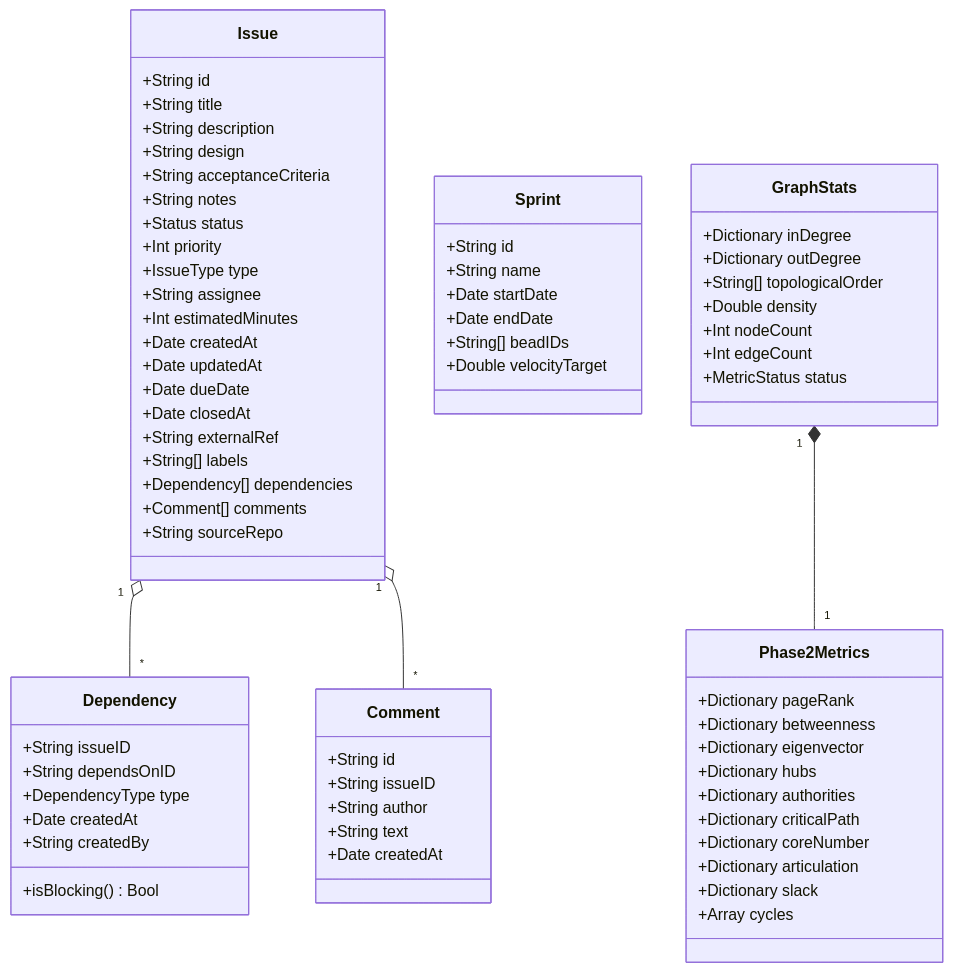
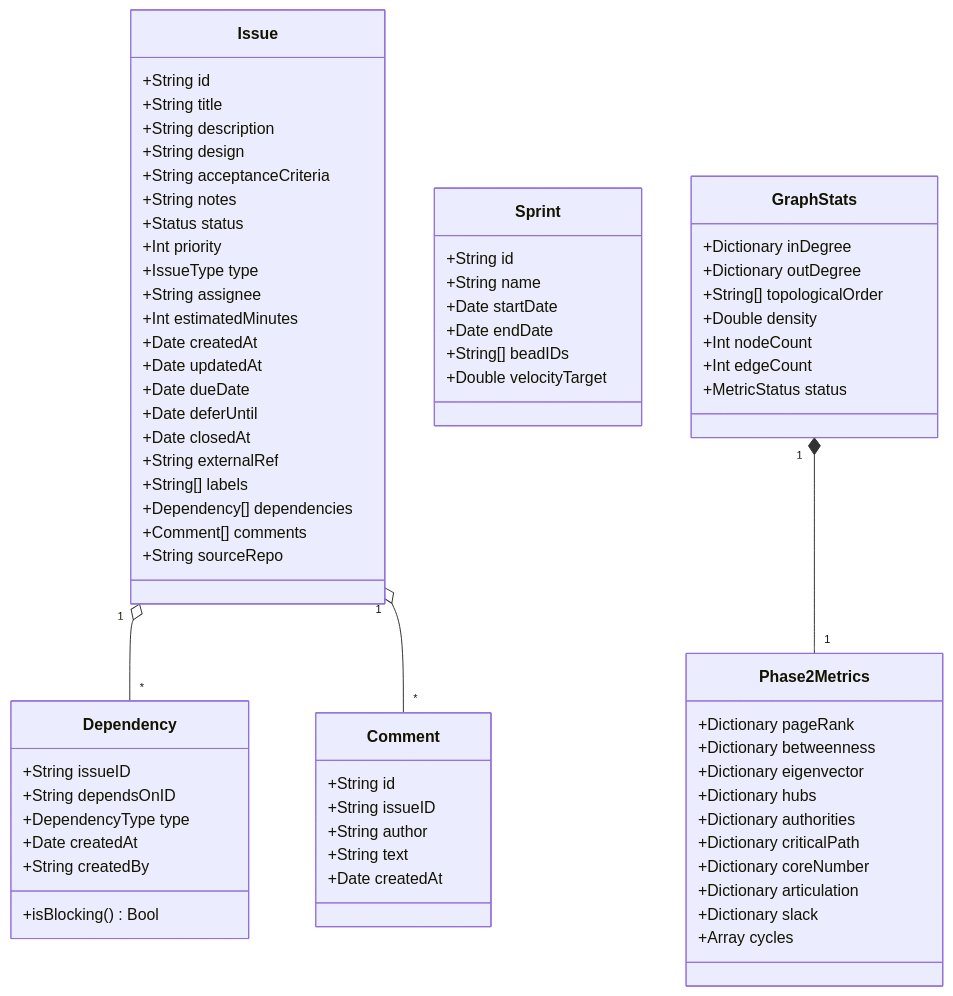
One commit to michel-onstein/vbx changed the fourth of 11 diagrams in docs/VBX_DESIGN.md. Above: the diagram before and after it, drawn with Mermaid. The commit also changed 20 other files, not shown here.

First line of the commit message:
Show a bead's defer_until in the Inspector and as a sortable list column (#115)

````diff
--- a/docs/VBX_DESIGN.md
+++ b/docs/VBX_DESIGN.md
@@ -421,72 +421,73 @@
 ```mermaid
 classDiagram
     class Issue {
         +String id
         +String title
         +String description
         +String design
         +String acceptanceCriteria
         +String notes
         +Status status
         +Int priority
         +IssueType type
         +String assignee
         +Int estimatedMinutes
         +Date createdAt
         +Date updatedAt
         +Date dueDate
+        +Date deferUntil
         +Date closedAt
         +String externalRef
         +String[] labels
         +Dependency[] dependencies
         +Comment[] comments
         +String sourceRepo
     }
     class Dependency {
         +String issueID
         +String dependsOnID
         +DependencyType type
         +Date createdAt
         +String createdBy
         +isBlocking() Bool
     }
     class Comment {
         +String id
         +String issueID
         +String author
         +String text
         +Date createdAt
     }
     class Sprint {
         +String id
         +String name
         +Date startDate
         +Date endDate
         +String[] beadIDs
         +Double velocityTarget
     }
     class GraphStats {
         +Dictionary inDegree
         +Dictionary outDegree
         +String[] topologicalOrder
         +Double density
         +Int nodeCount
         +Int edgeCount
         +MetricStatus status
     }
     class Phase2Metrics {
         +Dictionary pageRank
         +Dictionary betweenness
         +Dictionary eigenvector
         +Dictionary hubs
         +Dictionary authorities
         +Dictionary criticalPath
         +Dictionary coreNumber
         +Dictionary articulation
         +Dictionary slack
         +Array cycles
     }
     Issue "1" o-- "*" Dependency
     Issue "1" o-- "*" Comment
     GraphStats "1" *-- "1" Phase2Metrics
 ```
````
